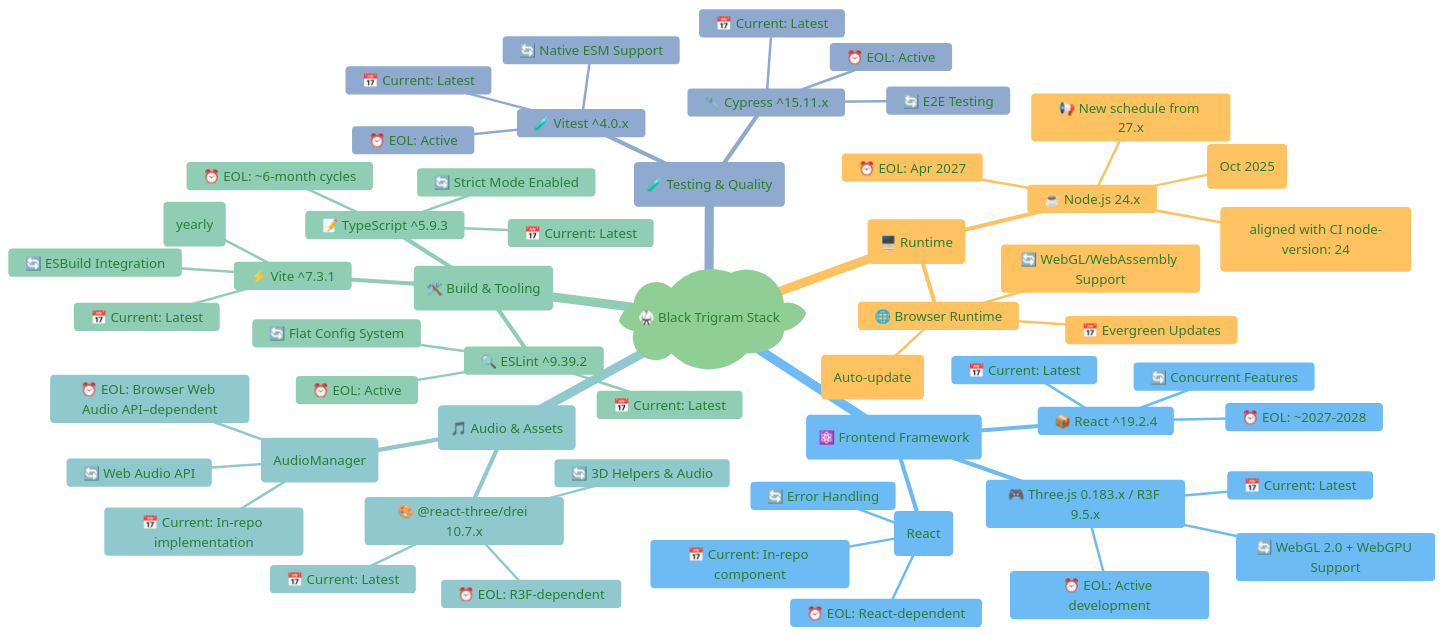
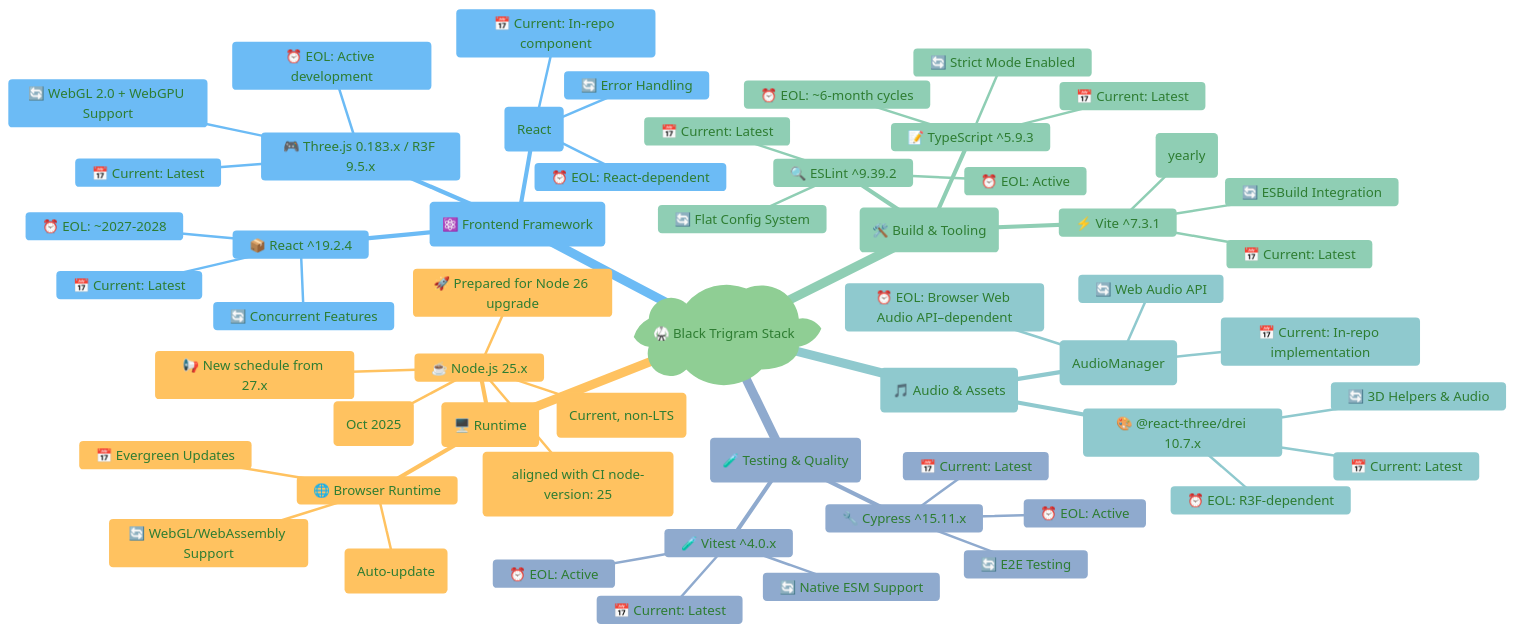
The first of 8 diagrams in End-of-Life-Strategy.md (Hack23/blacktrigram), drawn with Mermaid before and after one commit. The commit also changed other lines of this file and 31 other files, not shown here.

Commit message:
Update Node.js version to 25 and TypeScript target to ES2024 across all configs and docs

````diff
--- a/End-of-Life-Strategy.md
+++ b/End-of-Life-Strategy.md
@@ -51,70 +51,71 @@
 ```mermaid
 %%{
   init: {
     'theme': 'base',
     'themeVariables': {
       'primaryColor': '#e8f5e9',
       'primaryTextColor': '#2e7d32',
       'lineColor': '#4caf50',
       'secondaryColor': '#fff3e0',
       'tertiaryColor': '#e3f2fd'
     }
   }
 }%%
 mindmap
   root)🥋 Black Trigram Stack(
     (🖥️ Runtime)
-      ☕ Node.js 24.x
-        📅 Current: 24.x (aligned with CI node-version: 24)
-        ⏰ EOL: Apr 2027
+      ☕ Node.js 25.x
+        📅 Current: 25.x (aligned with CI node-version: 25)
+        ⏰ EOL: Jun 2025 (Current, non-LTS)
         🔄 Next LTS: 26.x (Oct 2025)
         📢 New schedule from 27.x
+        🚀 Prepared for Node 26 upgrade
       🌐 Browser Runtime
         📅 Evergreen Updates
         ⏰ EOL: N/A (Auto-update)
         🔄 WebGL/WebAssembly Support
     (⚛️ Frontend Framework)
       📦 React ^19.2.4
         📅 Current: Latest
         ⏰ EOL: ~2027-2028
         🔄 Concurrent Features
       🎮 Three.js 0.183.x / R3F 9.5.x
         📅 Current: Latest
         ⏰ EOL: Active development
         🔄 WebGL 2.0 + WebGPU Support
       📱 Internal ErrorBoundary Component (React)
         📅 Current: In-repo component
         ⏰ EOL: React-dependent
         🔄 Error Handling
     (🛠️ Build & Tooling)
       ⚡ Vite ^7.3.1
         📅 Current: Latest
         ⏰ EOL: Active (yearly)
         🔄 ESBuild Integration
       📝 TypeScript ^5.9.3
         📅 Current: Latest
         ⏰ EOL: ~6-month cycles
         🔄 Strict Mode Enabled
       🔍 ESLint ^9.39.2
         📅 Current: Latest
         ⏰ EOL: Active
         🔄 Flat Config System
     (🎵 Audio & Assets)
       🎵 Internal Web Audio System (AudioManager)
         📅 Current: In-repo implementation
         ⏰ EOL: Browser Web Audio API–dependent
         🔄 Web Audio API
       🎨 @react-three/drei 10.7.x
         📅 Current: Latest
         ⏰ EOL: R3F-dependent
         🔄 3D Helpers & Audio
     (🧪 Testing & Quality)
       🧪 Vitest ^4.0.x
         📅 Current: Latest
         ⏰ EOL: Active
         🔄 Native ESM Support
       🔧 Cypress ^15.11.x
         📅 Current: Latest
         ⏰ EOL: Active
         🔄 E2E Testing
 ```
````
